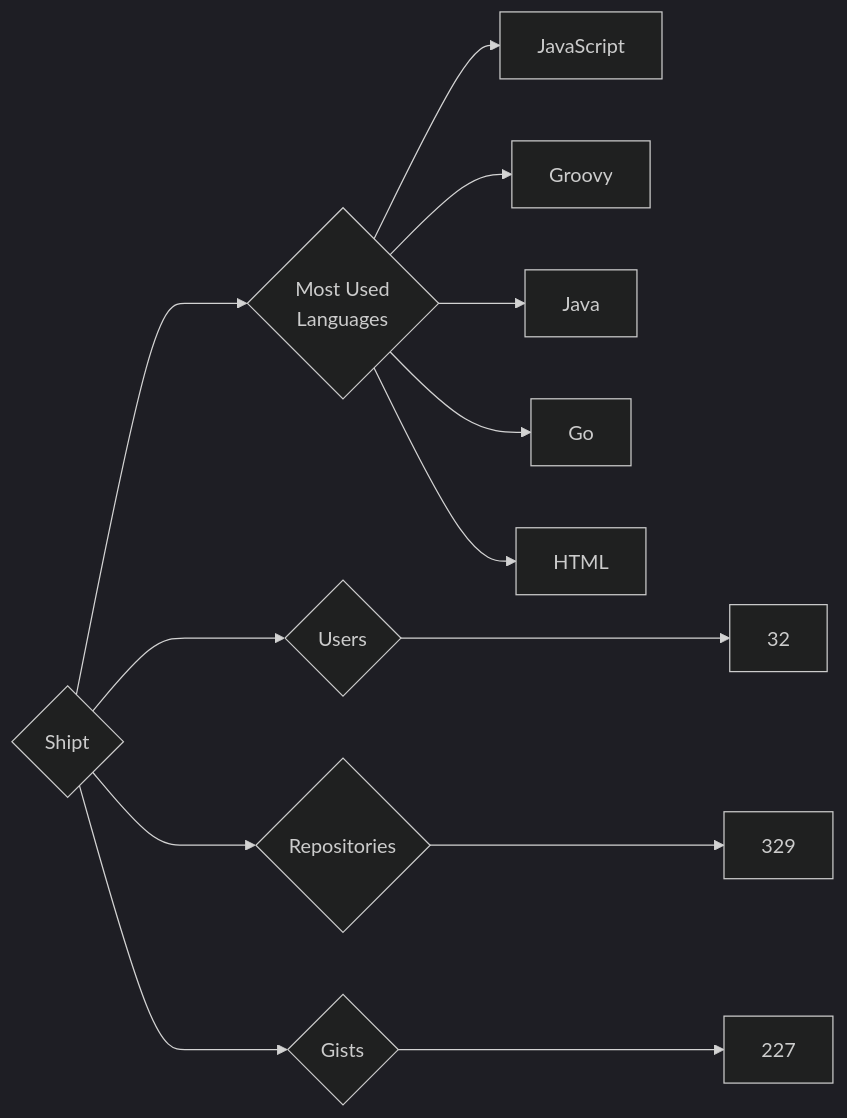
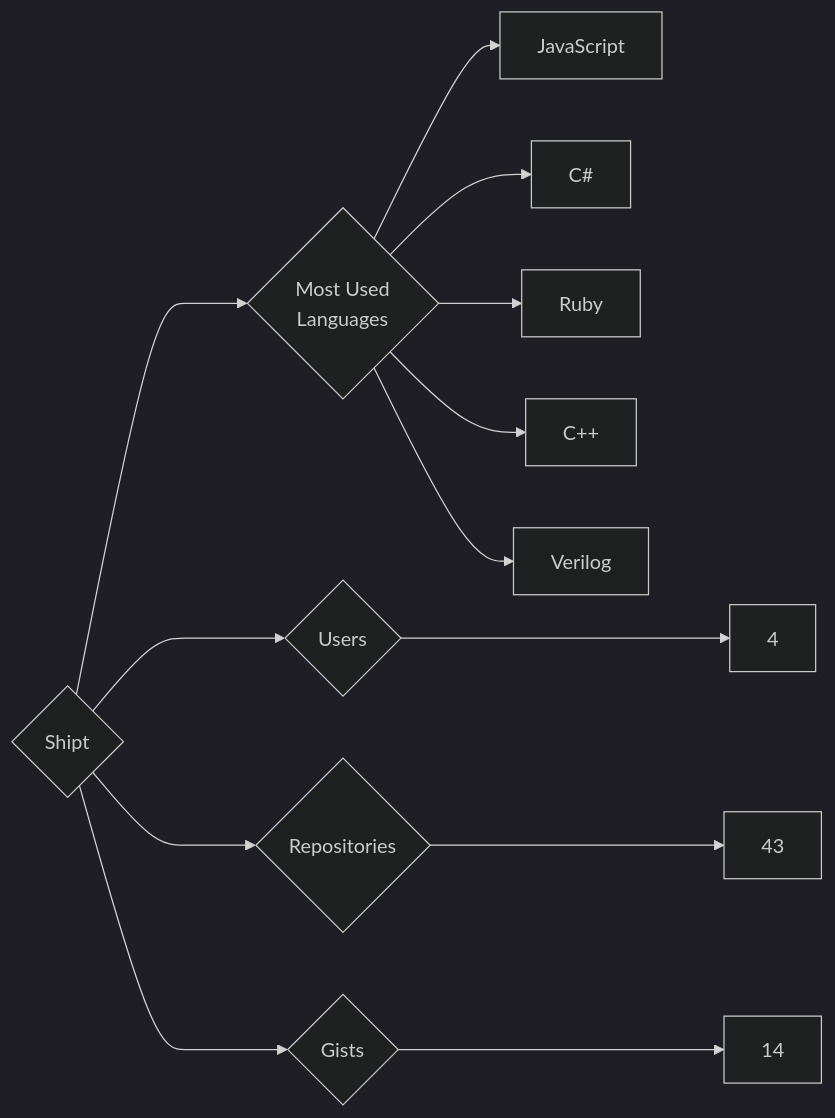
The diagram in targets/Shipt/README.md (trickest/insiders), drawn with Mermaid (dark theme) before and after one commit. The commit also changed 444 other files, not shown here.

````diff
--- a/targets/Shipt/README.md
+++ b/targets/Shipt/README.md
@@ -3,13 +3,13 @@
 ```mermaid
 graph LR
 COMPANY_NAME{Shipt}
-COMPANY_NAME ---> U{Users} ---> UN[32]
-COMPANY_NAME ---> R{Repositories} ---> RN[329]
-COMPANY_NAME ---> G{Gists} ---> GN[227]
+COMPANY_NAME ---> U{Users} ---> UN[4]
+COMPANY_NAME ---> R{Repositories} ---> RN[43]
+COMPANY_NAME ---> G{Gists} ---> GN[14]
 COMPANY_NAME ---> ML{Most Used<br>Languages}
 ML --> JavaScript[JavaScript]
-ML --> Groovy[Groovy]
-ML --> Java[Java]
-ML --> Go[Go]
-ML --> HTML[HTML]
+ML --> C#[C#]
+ML --> Ruby[Ruby]
+ML --> C++[C++]
+ML --> Verilog[Verilog]
 ```
````
